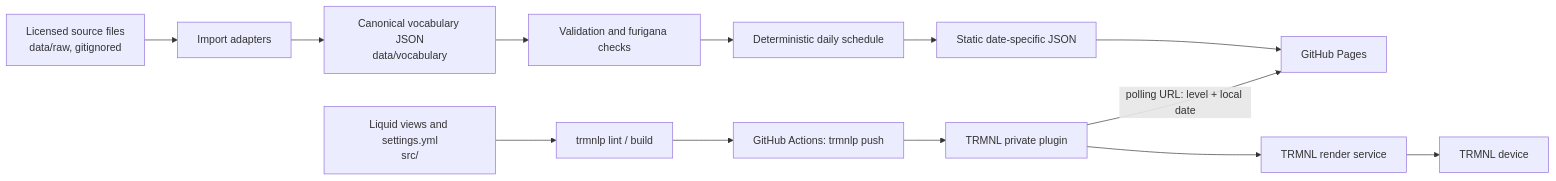
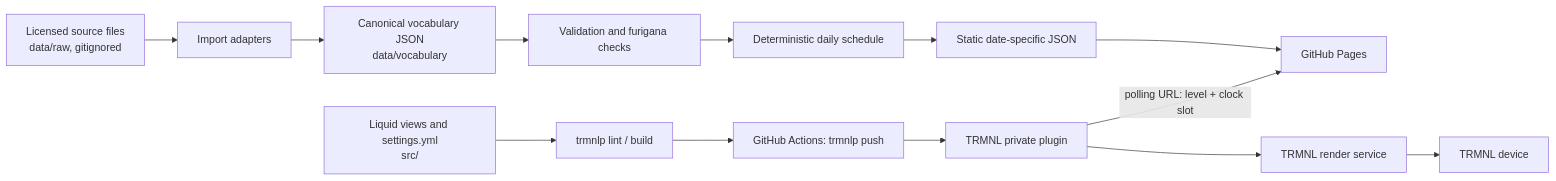
The diagram in docs/architecture.md (simonjgreen/trmnl-japanese-vocab), drawn with Mermaid before and after one commit. The commit also changed other lines of this file and 38 other files, not shown here.

````diff
--- a/docs/architecture.md
+++ b/docs/architecture.md
@@ -5,17 +5,17 @@
 ```mermaid
 flowchart LR
     A[Licensed source files<br/>data/raw, gitignored] --> B[Import adapters]
     B --> C[Canonical vocabulary JSON<br/>data/vocabulary]
     C --> D[Validation and furigana checks]
     D --> E[Deterministic daily schedule]
     E --> F[Static date-specific JSON]
     F --> G[GitHub Pages]
 
     H[Liquid views and settings.yml<br/>src/] --> I[trmnlp lint / build]
     I --> J[GitHub Actions: trmnlp push]
     J --> K[TRMNL private plugin]
 
-    K -->|polling URL: level + local date| G
+    K -->|polling URL: level + clock slot| G
     K --> L[TRMNL render service]
     L --> M[TRMNL device]
 ```
````
